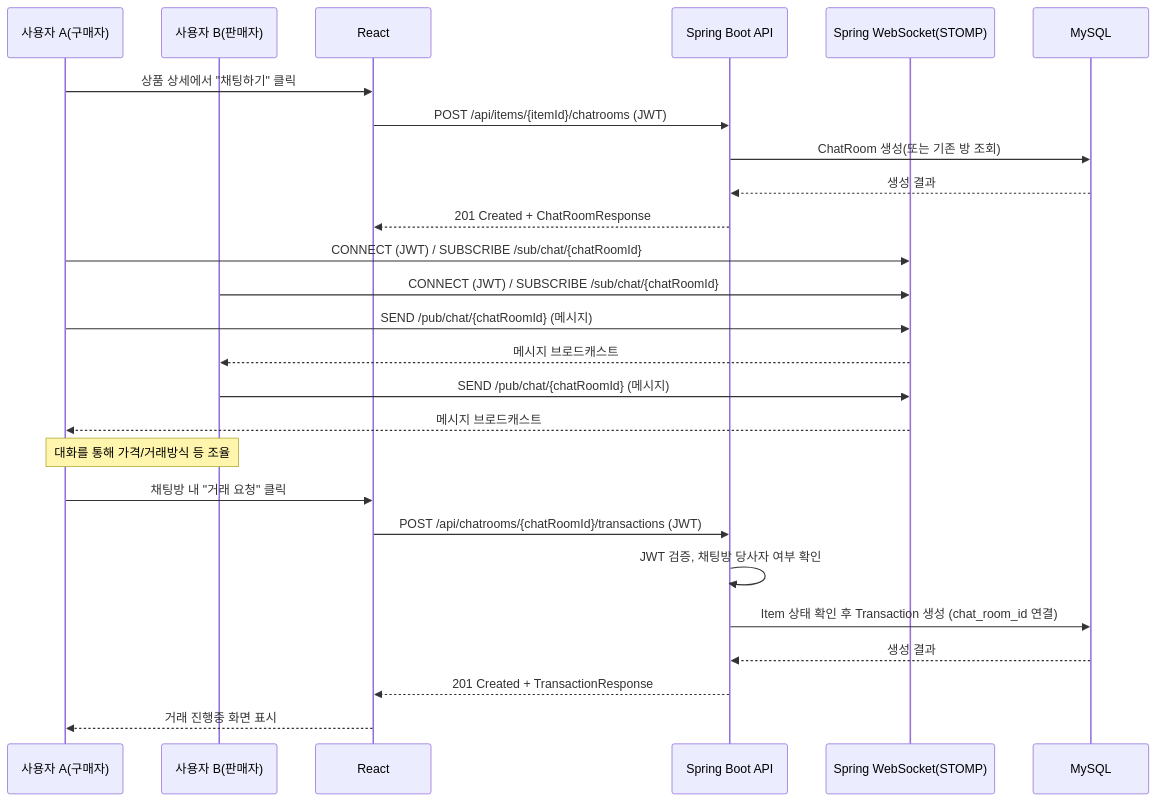
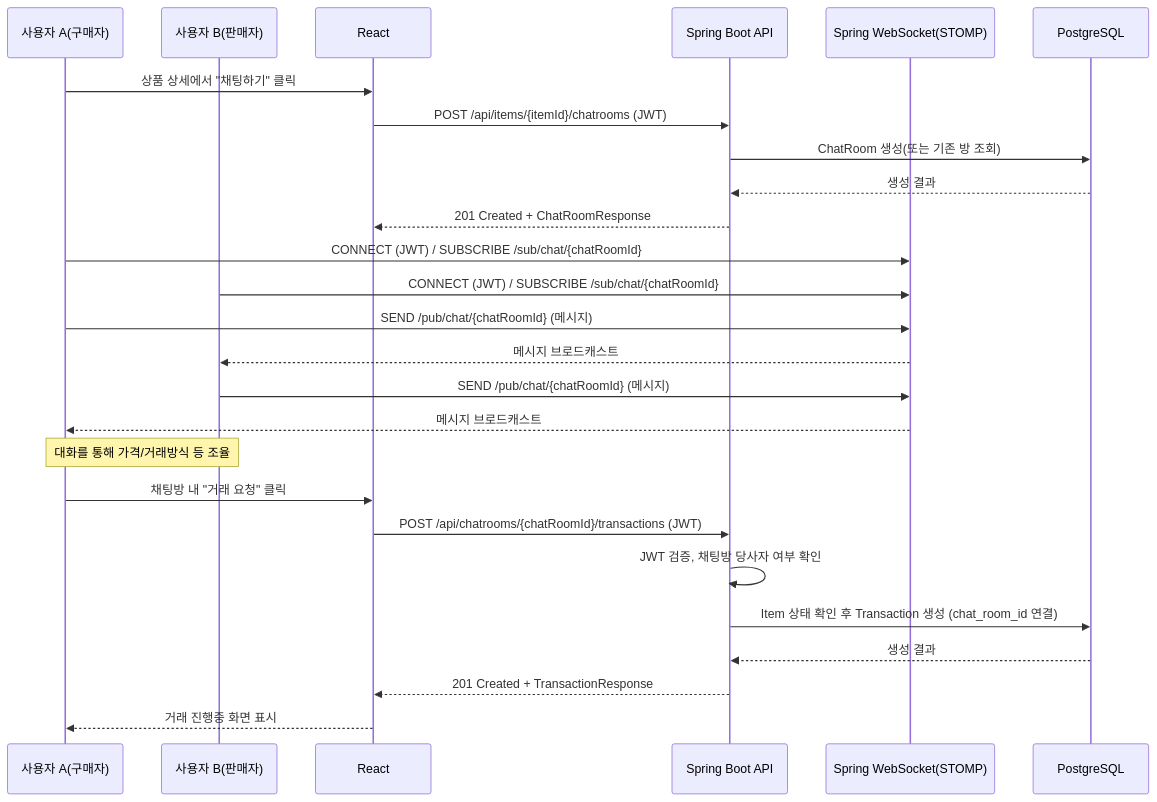
The third of 3 diagrams in 3_아키텍처및서비스흐름.md (oshi-market/oshi-market), drawn with Mermaid before and after one commit. The commit also changed other lines of this file and 9 other files, not shown here.

````diff
--- a/3_아키텍처및서비스흐름.md
+++ b/3_아키텍처및서비스흐름.md
@@ -183,32 +185,32 @@
 ```mermaid
 sequenceDiagram
     participant A as 사용자 A(구매자)
     participant B as 사용자 B(판매자)
     participant FE as React
     participant BE as Spring Boot API
     participant WS as Spring WebSocket(STOMP)
-    participant DB as MySQL
+    participant DB as PostgreSQL
 
     A->>FE: 상품 상세에서 "채팅하기" 클릭
     FE->>BE: POST /api/items/{itemId}/chatrooms (JWT)
     BE->>DB: ChatRoom 생성(또는 기존 방 조회)
     DB-->>BE: 생성 결과
     BE-->>FE: 201 Created + ChatRoomResponse
 
     A->>WS: CONNECT (JWT) / SUBSCRIBE /sub/chat/{chatRoomId}
     B->>WS: CONNECT (JWT) / SUBSCRIBE /sub/chat/{chatRoomId}
     A->>WS: SEND /pub/chat/{chatRoomId} (메시지)
     WS-->>B: 메시지 브로드캐스트
     B->>WS: SEND /pub/chat/{chatRoomId} (메시지)
     WS-->>A: 메시지 브로드캐스트
 
     Note over A,B: 대화를 통해 가격/거래방식 등 조율
 
     A->>FE: 채팅방 내 "거래 요청" 클릭
     FE->>BE: POST /api/chatrooms/{chatRoomId}/transactions (JWT)
     BE->>BE: JWT 검증, 채팅방 당사자 여부 확인
     BE->>DB: Item 상태 확인 후 Transaction 생성 (chat_room_id 연결)
     DB-->>BE: 생성 결과
     BE-->>FE: 201 Created + TransactionResponse
     FE-->>A: 거래 진행중 화면 표시
 ```
````
